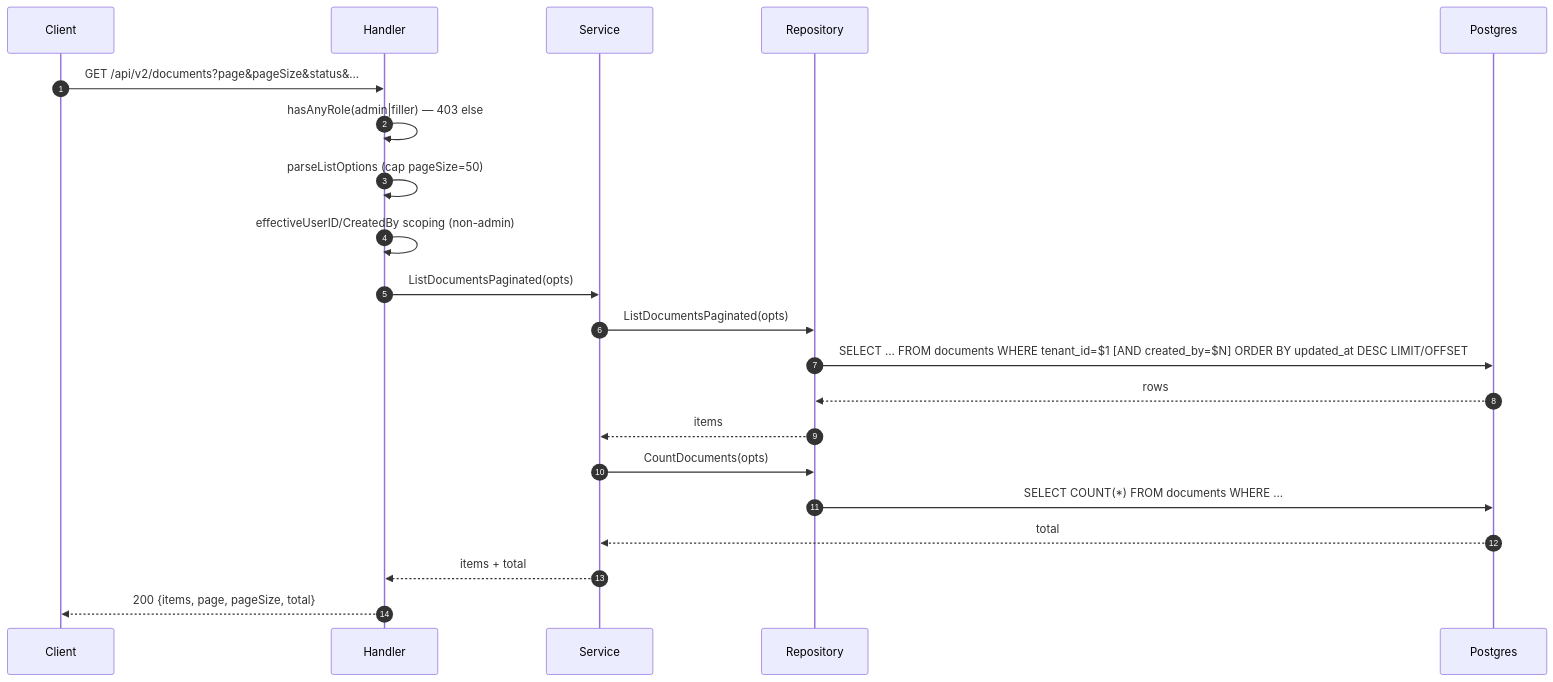
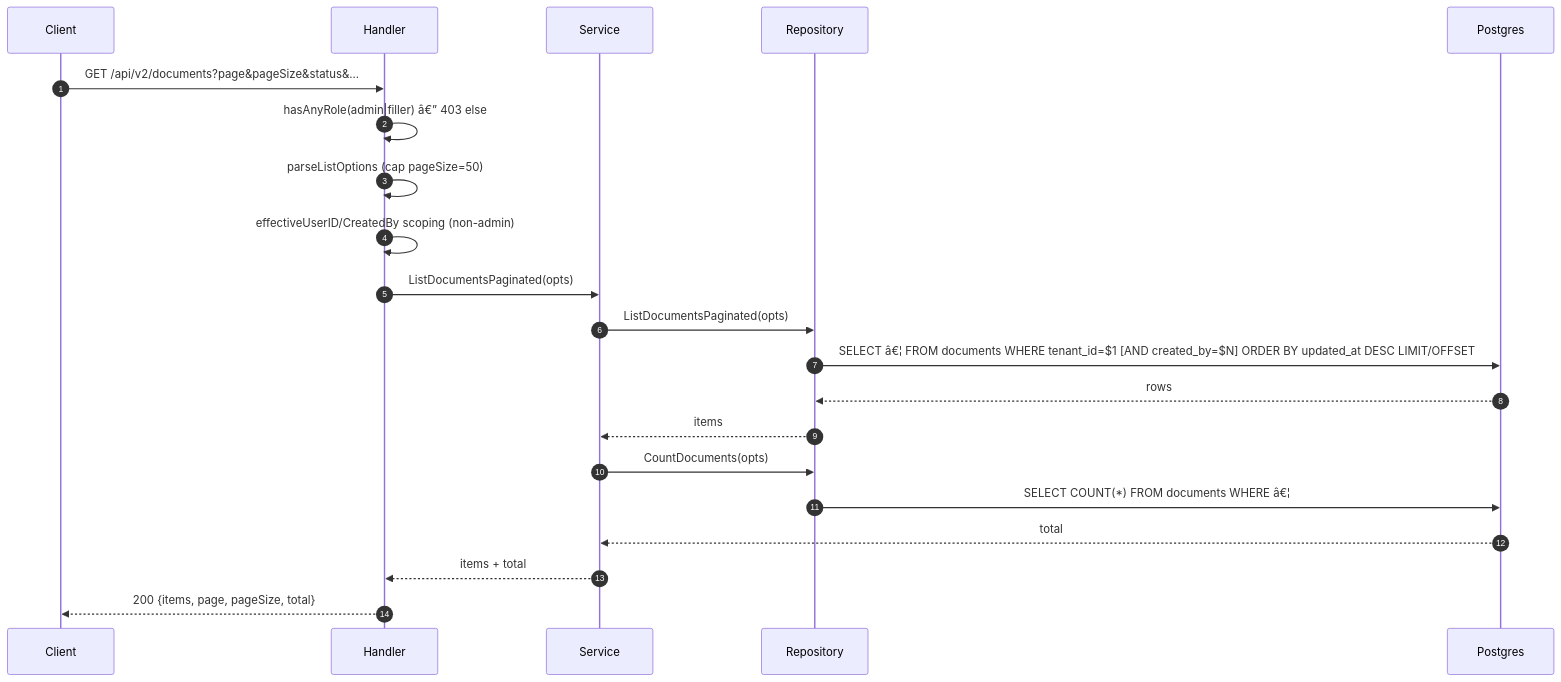
One commit to developmentconexus-ops/MetalDocs changed the third of 5 diagrams in wiki/modules/documents.md. Above: the diagram before and after it, drawn with Mermaid. The commit also changed other lines of this file and 12 other files, not shown here.

````diff
--- a/wiki/modules/documents.md
+++ b/wiki/modules/documents.md
@@ -263,23 +263,23 @@
 ```mermaid
 sequenceDiagram
     autonumber
     participant C as Client
     participant H as Handler
     participant S as Service
     participant R as Repository
     participant DB as Postgres
     C->>H: GET /api/v2/documents?page&pageSize&status&...
-    H->>H: hasAnyRole(admin|filler) — 403 else
+    H->>H: hasAnyRole(admin|filler) â€” 403 else
     H->>H: parseListOptions (cap pageSize=50)
     H->>H: effectiveUserID/CreatedBy scoping (non-admin)
     H->>S: ListDocumentsPaginated(opts)
     S->>R: ListDocumentsPaginated(opts)
-    R->>DB: SELECT … FROM documents WHERE tenant_id=$1 [AND created_by=$N] ORDER BY updated_at DESC LIMIT/OFFSET
+    R->>DB: SELECT â€¦ FROM documents WHERE tenant_id=$1 [AND created_by=$N] ORDER BY updated_at DESC LIMIT/OFFSET
     DB-->>R: rows
     R-->>S: items
     S->>R: CountDocuments(opts)
-    R->>DB: SELECT COUNT(*) FROM documents WHERE …
+    R->>DB: SELECT COUNT(*) FROM documents WHERE â€¦
     DB-->>S: total
     S-->>H: items + total
     H-->>C: 200 {items, page, pageSize, total}
 ```
````
